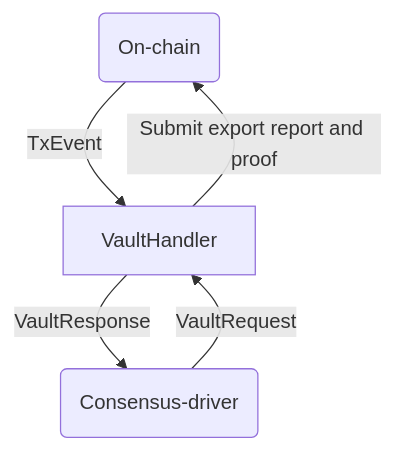
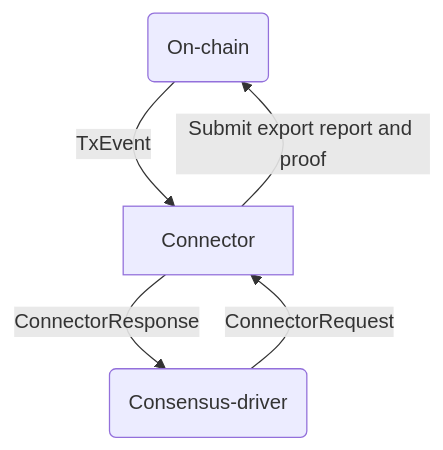
One commit to spectrum-finance/spectrum changed the diagram in docs/Connector.md. Above: the diagram before and after it, drawn with Mermaid. The commit also changed other lines of this file and 9 other files, not shown here.

Commit message:
Remove mention of 'vault manager' in favour of Connector

````diff
--- a/docs/Connector.md
+++ b/docs/Connector.md
@@ -101,10 +138,10 @@
 ```mermaid
 flowchart TD
 A(On-chain)
 B(Consensus-driver)
-D[VaultHandler]
+D[Connector]
 A -- TxEvent --> D
-B -- VaultRequest --> D
-D -- VaultResponse --> B
+B -- ConnectorRequest --> D
+D -- ConnectorResponse --> B
 D -- Submit export report and proof --> A
 ```
````
